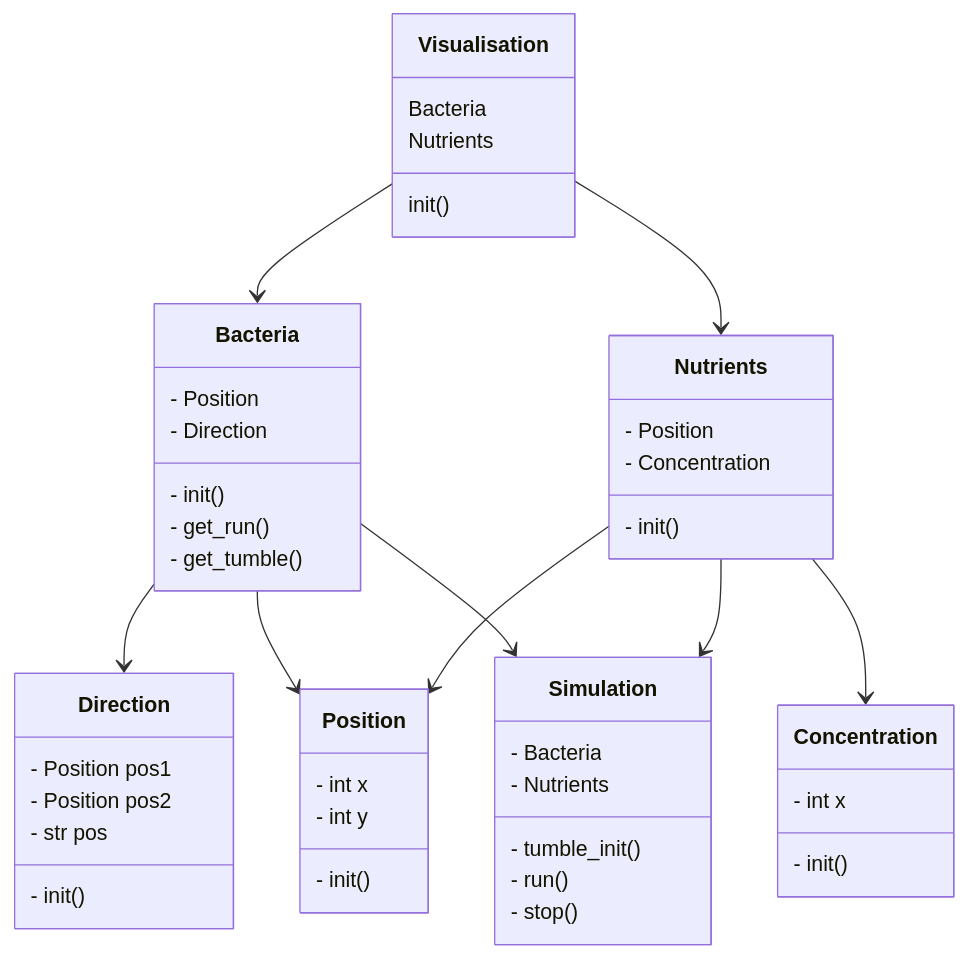
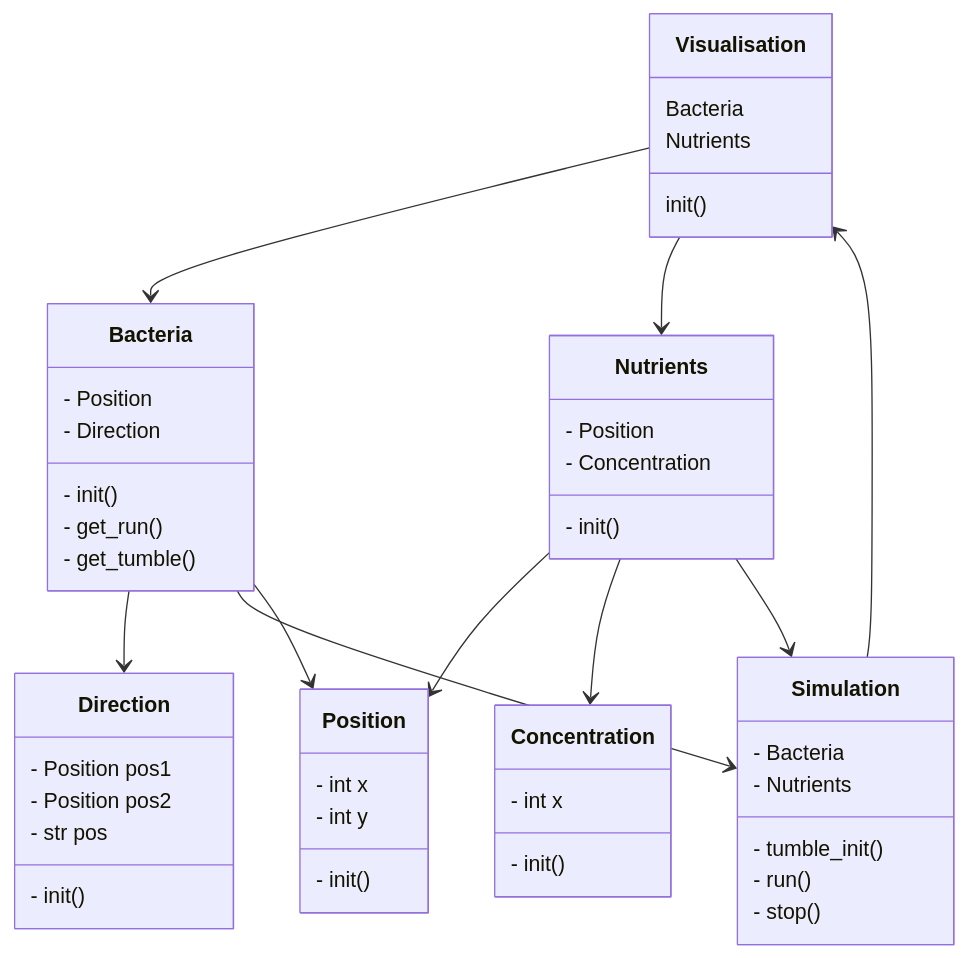
The diagram in learners/phuong/class.md (programming-formalisms/programming_formalisms_project_summer_2024), drawn with Mermaid before and after one commit.

````diff
--- a/learners/phuong/class.md
+++ b/learners/phuong/class.md
@@ -2,52 +2,53 @@
 ```mermaid
 classDiagram
 Visualisation--> Bacteria 
 Visualisation --> Nutrients
 Nutrients --> Position
 Nutrients --> Concentration
 Nutrients --> Simulation
 Bacteria --> Direction
 Bacteria --> Simulation
 Bacteria --> Position
+Simulation --> Visualisation
 
 class Visualisation{
     Bacteria
     Nutrients
     init()
 }
 class Bacteria{
     - Position
     - Direction
     - init()
     - get_run()
     - get_tumble()
 }
 class Nutrients{
     - Position
     - Concentration
     - init()
 }
 class Position{
     - int x
     - int y
     - init()
 }
 class Direction{
     - Position pos1
     - Position pos2
     - str pos
     - init()
 }
 class Concentration{
     - int x
     - init ()
 }
 class Simulation{
     - Bacteria
     - Nutrients
     - tumble_init()
     - run()
     - stop()
 }
 
 ```
````
